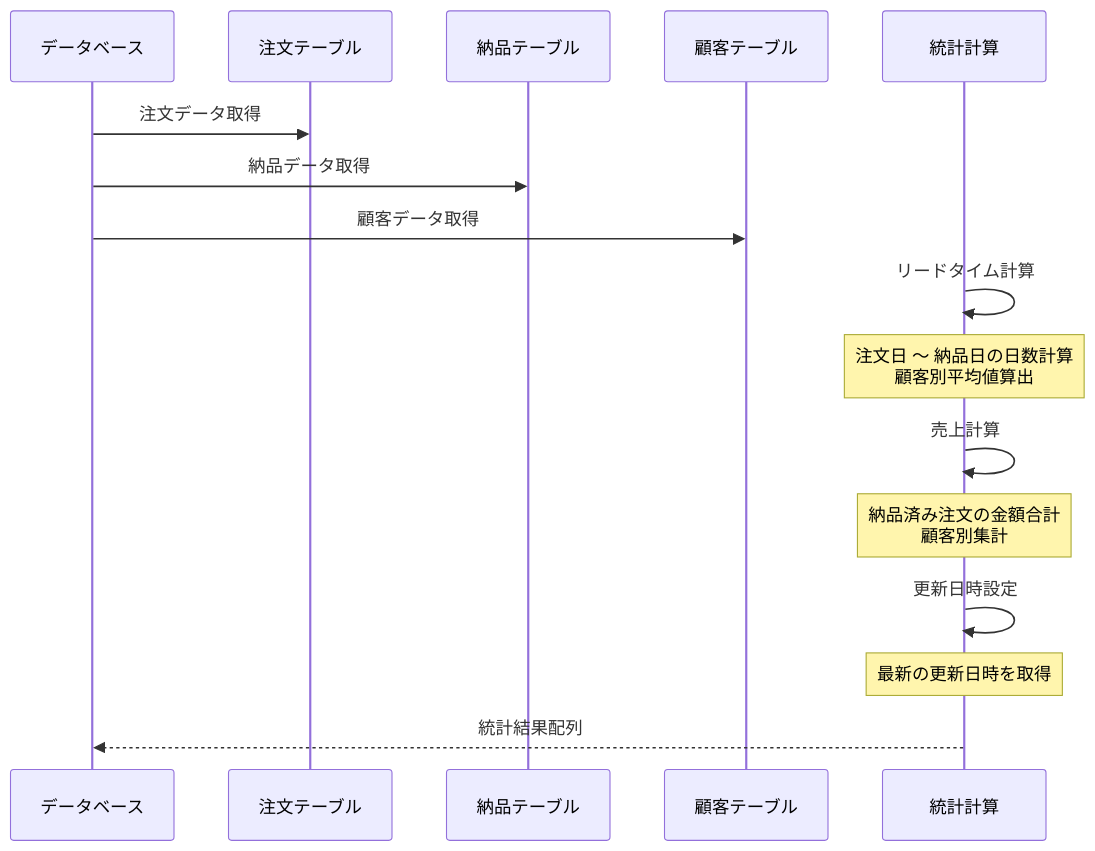
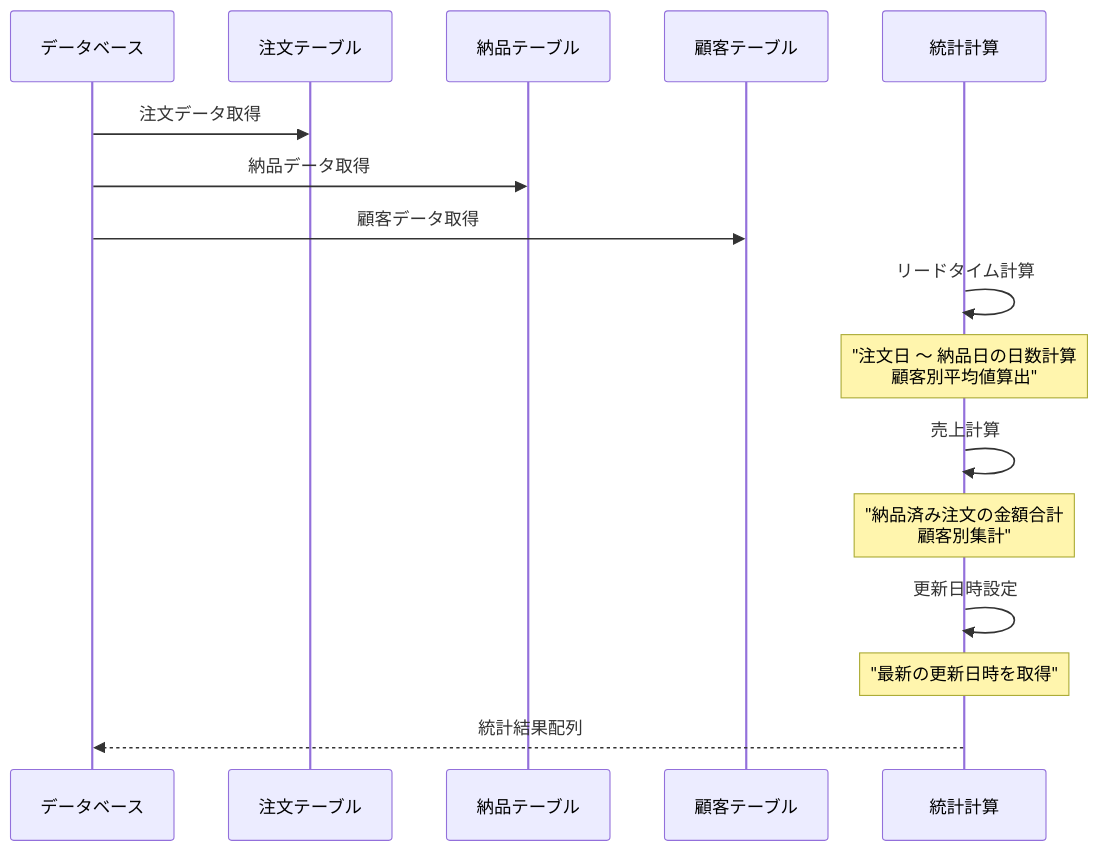
Before and after one commit to wasabi49/ocs-systemDevelopmentExercises: the eighth of 11 diagrams in document/pages/sequence/Statistics.md, drawn with Mermaid. The commit also changed other lines of this file and 42 other files, not shown here.

First line of the commit message:
fix: mermaidシーケンス図のNote over文でダブルクォーテーション不足を修正

````diff
--- a/document/pages/sequence/Statistics.md
+++ b/document/pages/sequence/Statistics.md
@@ -162,23 +162,23 @@
 ```mermaid
 sequenceDiagram
     participant Database as データベース
     participant Orders as 注文テーブル
     participant Deliveries as 納品テーブル
     participant Customers as 顧客テーブル
     participant Statistics as 統計計算
 
     Database->>Orders: 注文データ取得
     Database->>Deliveries: 納品データ取得
     Database->>Customers: 顧客データ取得
     
     Statistics->>Statistics: リードタイム計算
-    Note over Statistics: 注文日 ～ 納品日の日数計算<br/>顧客別平均値算出
+    Note over Statistics: "注文日 ～ 納品日の日数計算<br/>顧客別平均値算出"
     
     Statistics->>Statistics: 売上計算
-    Note over Statistics: 納品済み注文の金額合計<br/>顧客別集計
+    Note over Statistics: "納品済み注文の金額合計<br/>顧客別集計"
     
     Statistics->>Statistics: 更新日時設定
-    Note over Statistics: 最新の更新日時を取得
+    Note over Statistics: "最新の更新日時を取得"
     
     Statistics-->>Database: 統計結果配列
 ```
````
